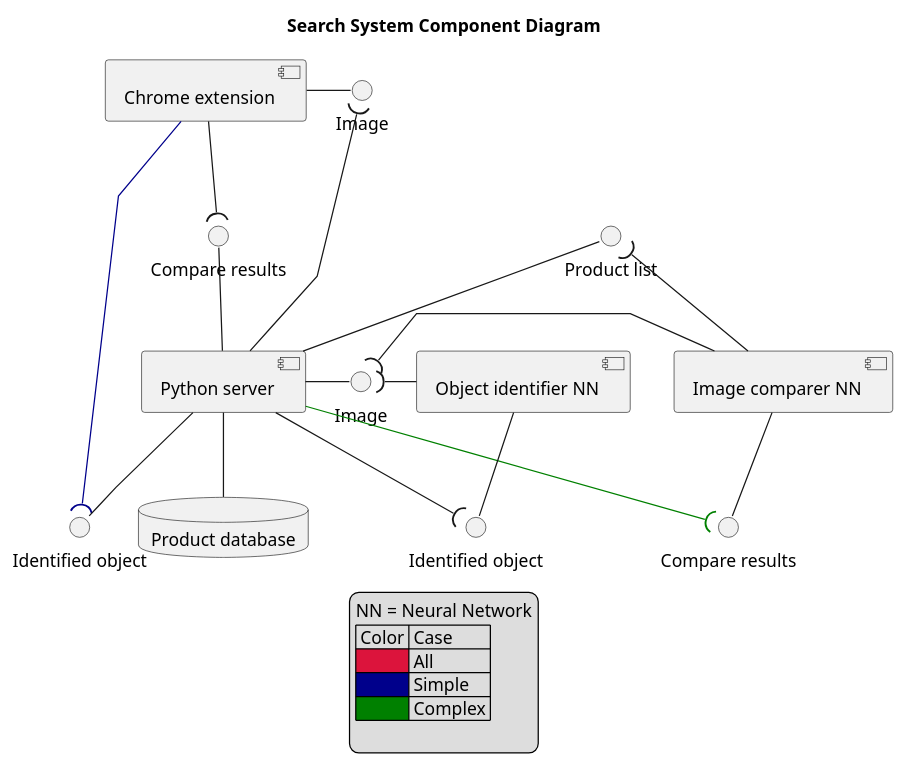
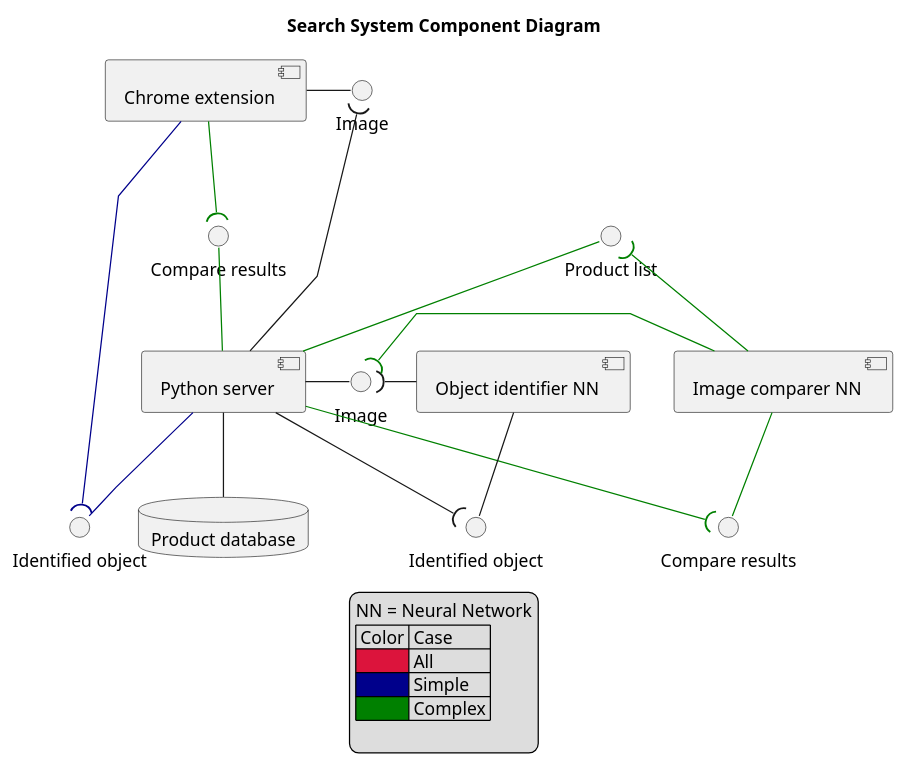
Before and after one commit to RemonZander/Project-D: the diagram in Documentation/ComponentDiagrams/ComponentDiagram.plantuml, drawn with PlantUML.

Commit message:
Updated system component diagram

```diff
--- a/Documentation/ComponentDiagrams/ComponentDiagram.plantuml
+++ b/Documentation/ComponentDiagrams/ComponentDiagram.plantuml
@@ -1,43 +1,43 @@
 @startuml
 
 title **Search System Component Diagram**
 
  skinparam linetype polyline
 interface "Image" as Image
 interface "Image" as Image2
 interface "Identified object" as Obj
 interface "Identified object" as Obj2
 interface "Product list" as pro
 interface "Compare results" as res
 interface "Compare results" as res2
 database "Product database" as db
 
 [Chrome extension] -right- Image
 [Chrome extension] -[#DarkBlue]right-( Obj2
-[Chrome extension] --( res2
+[Chrome extension] --[#Green]( res2
 
 [Python server] -left-( Image
 [Python server] -right- Image2
-[Python server] -up- pro
+[Python server] -[#Green]up- pro
 
 [Python server] --( Obj
-[Python server] -- Obj2
+[Python server] -[#DarkBlue]- Obj2
 [Python server] -down- db
 [Python server] -[#Green]down-( res
-[Python server] -up- res2
+[Python server] -[#Green]up- res2
 
 [Object identifier NN] -left-( Image2
 [Object identifier NN] -- Obj
 
-[Image comparer NN] -left-( pro
-[Image comparer NN] -left-( Image2
-[Image comparer NN] -down- res
+[Image comparer NN] -[#Green]left-( pro
+[Image comparer NN] -[#Green]left-( Image2
+[Image comparer NN] -[#Green]down- res
     legend
      NN = Neural Network
      | Color | Case |
      | <#Crimson> | All|
      | <#DarkBlue> | Simple |
      | <#Green> | Complex |
 
 endlegend
 @enduml
```
